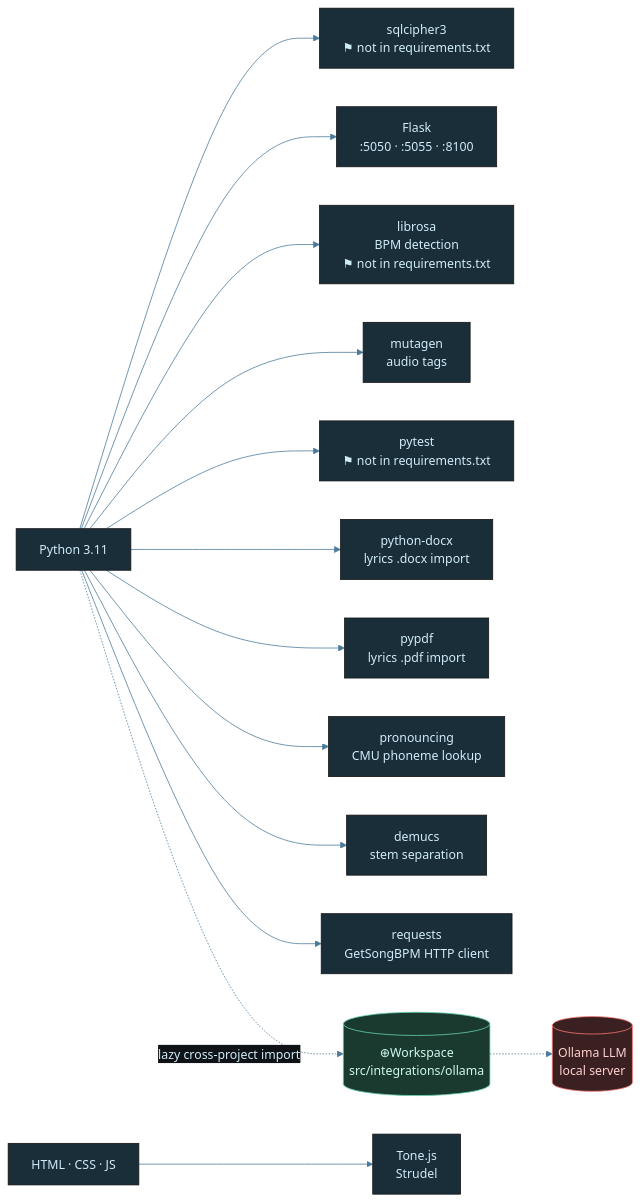
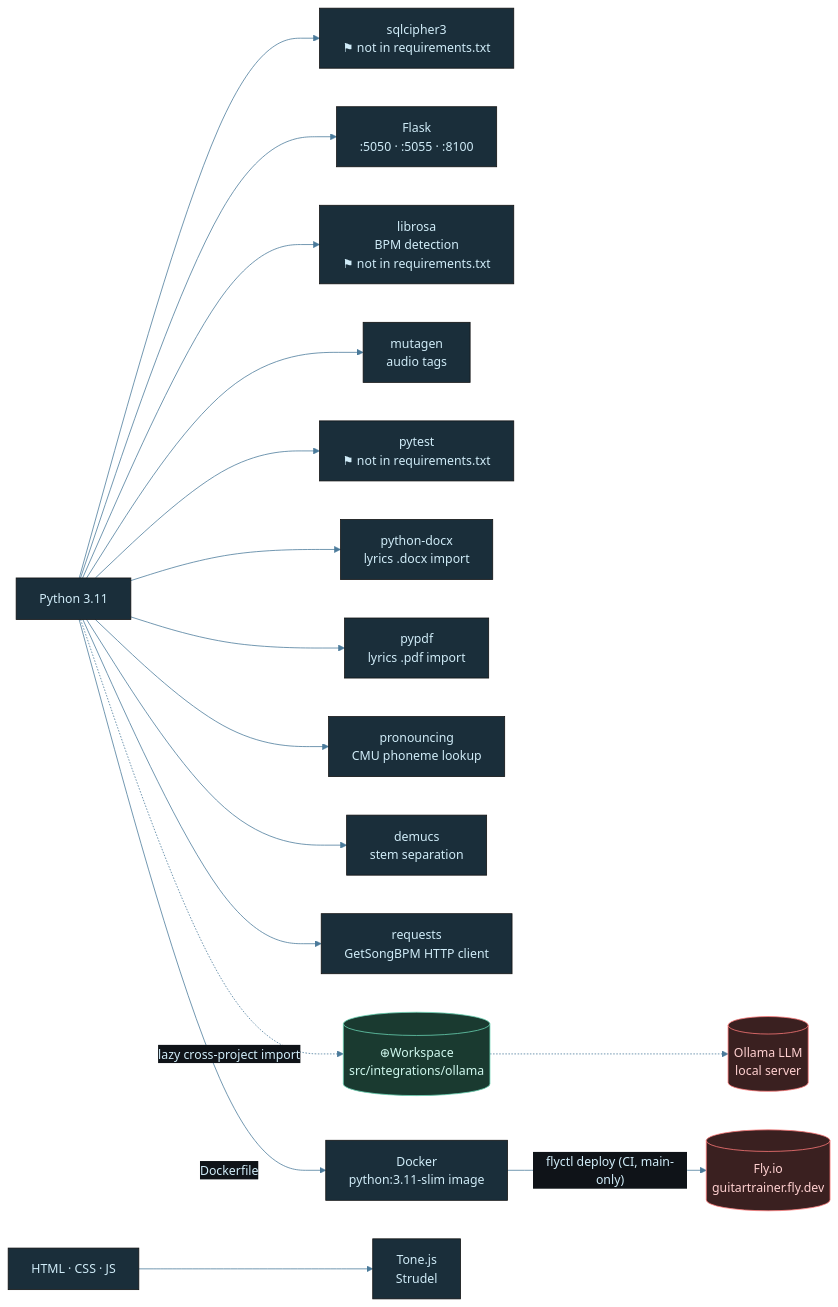
One commit to tylerdrakemusic/-Workspace changed the diagram in diagrams/music-tech-stack.mmd. Above: the diagram before and after it, drawn with Mermaid. The commit also changed 1 other file, not shown here.

Commit message:
FR-20260808: add Fly.io/Docker nodes to music-tech-stack and workspace-integrations diagrams

```diff
--- a/diagrams/music-tech-stack.mmd
+++ b/diagrams/music-tech-stack.mmd
@@ -1,29 +1,30 @@
 %%{init: {'theme': 'base', 'themeVariables': {'primaryColor': '#1a2e3a', 'primaryTextColor': '#d0ecf8', 'edgeLabelBackground': '#0f1318', 'lineColor': '#4a7a9a'}}}%%
 graph LR
     Python[Python 3.11] --> SQLCipher["sqlcipher3<br/>⚑ not in requirements.txt"]
     Python --> Flask[Flask<br/>:5050 · :5055 · :8100]
     Python --> Librosa["librosa<br/>BPM detection<br/>⚑ not in requirements.txt"]
     Python --> Mutagen[mutagen<br/>audio tags]
     Python --> Pytest["pytest<br/>⚑ not in requirements.txt"]
     Python --> PythonDocx["python-docx<br/>lyrics .docx import"]
     Python --> Pypdf["pypdf<br/>lyrics .pdf import"]
     Python --> Pronouncing["pronouncing<br/>CMU phoneme lookup"]
     Python --> Demucs["demucs<br/>stem separation"]
     Python --> Requests[requests<br/>GetSongBPM HTTP client]
     Web[HTML · CSS · JS] --> Tone[Tone.js<br/>Strudel]
     Python -.->|lazy cross-project import| WSOllama[(⊕Workspace<br/>src/integrations/ollama)]
     WSOllama -.-> Ollama[(Ollama LLM<br/>local server)]
+    Python -->|Dockerfile| Docker[Docker<br/>python:3.11-slim image] -->|"flyctl deploy (CI, main-only)"| FlyIO[(Fly.io<br/>guitartrainer.fly.dev)]
     class Python,Web lang
     class SQLCipher,Flask,Librosa,Mutagen,Pytest,Tone,PythonDocx,Pypdf,Pronouncing,Demucs,Requests lib
     class WSOllama ws
-    class Ollama ext
+    class Ollama,FlyIO ext
 
 classDef life     fill:#1a2e3a,stroke:#6ab4d4,color:#d0ecf8
 classDef music    fill:#3a1a24,stroke:#d47a8f,color:#f8d0dc
 classDef quantum  fill:#251a3a,stroke:#a07adf,color:#e8d0f8
 classDef manifest fill:#3a2e1a,stroke:#d4a96a,color:#f8ead0
 classDef ws       fill:#1a3a30,stroke:#6ad4b4,color:#d0f8ee
 classDef tyler    fill:#2a1a3a,stroke:#9e4aff,color:#fff
 classDef ext      fill:#3a2020,stroke:#ff7a7a,color:#ffd0d0
 classDef db       fill:#3a3010,stroke:#d4c050,color:#f8f0c0
 classDef state    fill:#1a1a1a,stroke:#888888,color:#cccccc
```
